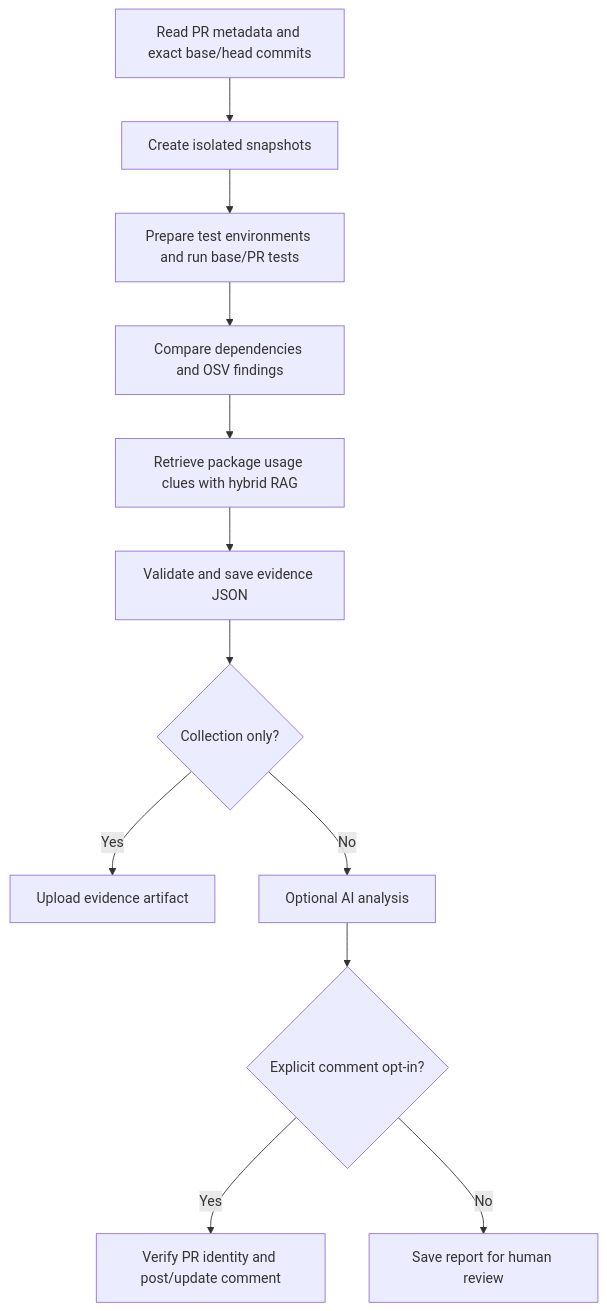
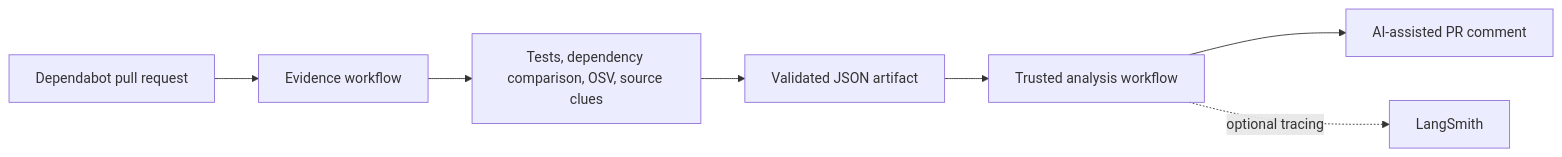
Before and after one commit to zakiansari07-art/OSV-Patchpilot: the diagram in README.md, drawn with Mermaid. The commit also changed other lines of this file, not shown here.

````diff
--- a/README.md
+++ b/README.md
@@ -52,14 +43,9 @@
 ```mermaid
-flowchart TD
-  A[Read PR metadata and exact base/head commits] --> B[Create isolated snapshots]
-  B --> C[Prepare test environments and run base/PR tests]
-  C --> D[Compare dependencies and OSV findings]
-  D --> E[Retrieve package usage clues with hybrid RAG]
-  E --> F[Validate and save evidence JSON]
-  F --> G{Collection only?}
-  G -- Yes --> H[Upload evidence artifact]
-  G -- No --> I[Optional AI analysis]
-  I --> J{Explicit comment opt-in?}
-  J -- Yes --> K[Verify PR identity and post/update comment]
-  J -- No --> L[Save report for human review]
+flowchart LR
+  A[Dependabot pull request] --> B[Evidence workflow]
+  B --> C[Tests, dependency comparison, OSV, source clues]
+  C --> D[Validated JSON artifact]
+  D --> E[Trusted analysis workflow]
+  E --> F[AI-assisted PR comment]
+  E -. optional tracing .-> G[LangSmith]
 ```
````
